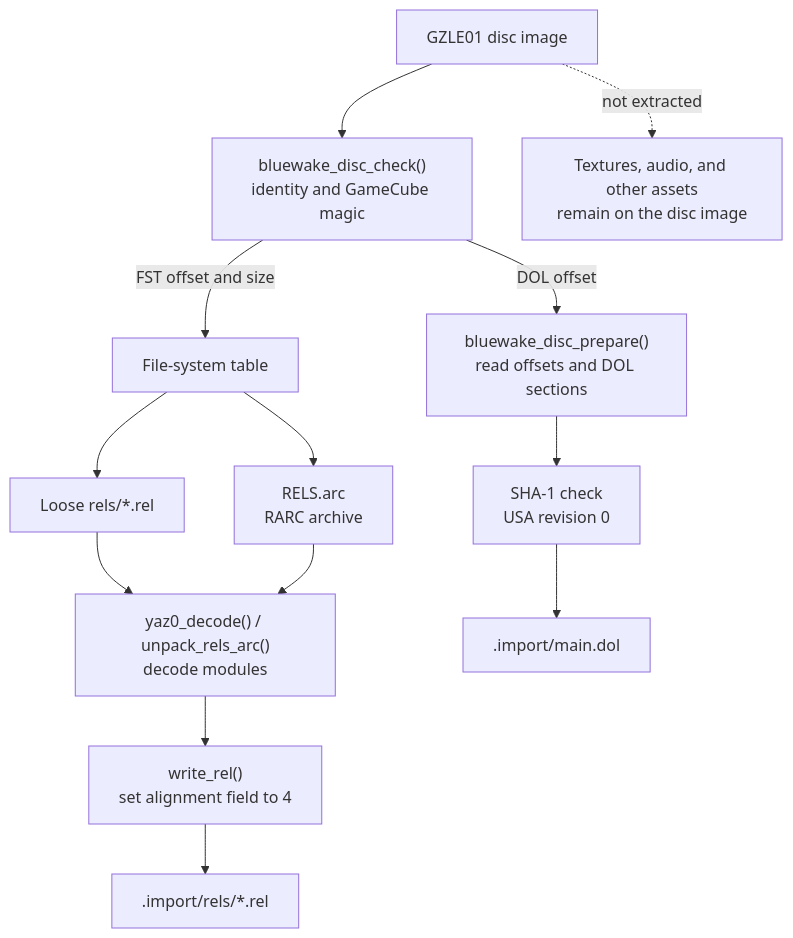
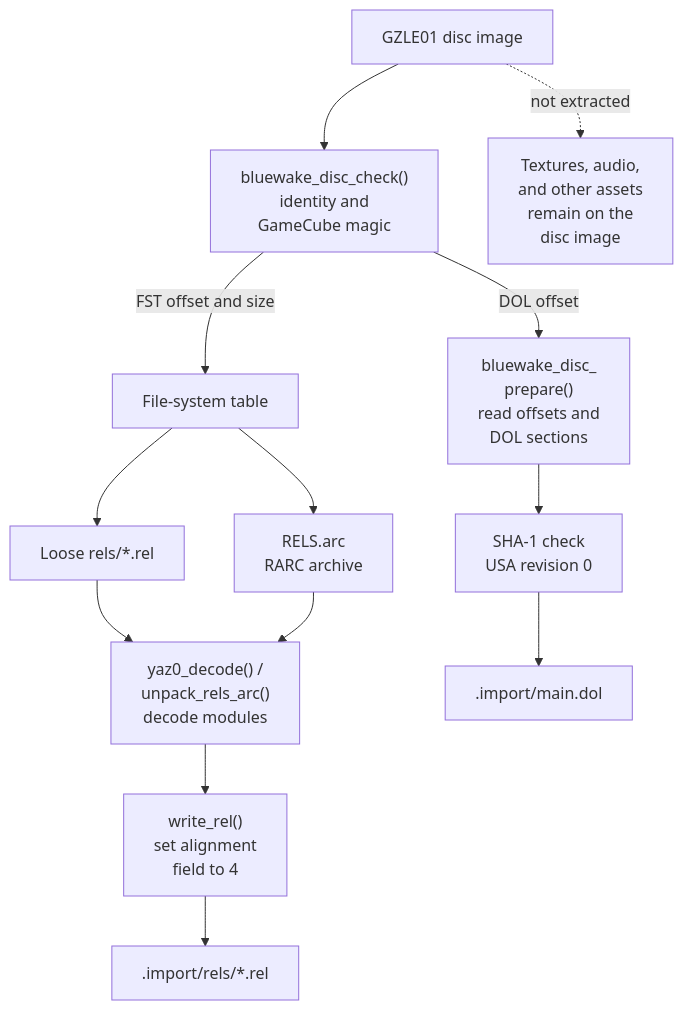
The fifth of 10 diagrams in docs/architecture/Build.md (Aelbannan/boat_of_daphnes), drawn with Mermaid before and after one commit. The commit also changed other lines of this file and 7 other files, not shown here.

Commit message:
Wrap Mermaid diagram labels

````diff
--- a/docs/architecture/Build.md
+++ b/docs/architecture/Build.md
@@ -310,23 +310,23 @@
 ```mermaid
 flowchart TD
     Disc["GZLE01 disc image"]
-    Header["bluewake_disc_check()<br/>identity and GameCube magic"]
-    Dol["bluewake_disc_prepare()<br/>read offsets and DOL sections"]
+    Header["bluewake_disc_check()<br/>identity and<br/>GameCube magic"]
+    Dol["bluewake_disc_<br/>prepare()<br/>read offsets and<br/>DOL sections"]
     Revision["SHA-1 check<br/>USA revision 0"]
     FST["File-system table"]
     Loose["Loose rels/*.rel"]
     Archive["RELS.arc<br/>RARC archive"]
-    Decode["yaz0_decode() / unpack_rels_arc()<br/>decode modules"]
-    Normalize["write_rel()<br/>set alignment field to 4"]
+    Decode["yaz0_decode() /<br/>unpack_rels_arc()<br/>decode modules"]
+    Normalize["write_rel()<br/>set alignment<br/>field to 4"]
     StagedDol[".import/main.dol"]
     StagedRels[".import/rels/*.rel"]
-    Runtime["Textures, audio, and other assets<br/>remain on the disc image"]
+    Runtime["Textures, audio,<br/>and other assets<br/>remain on the<br/>disc image"]
 
     Disc --> Header
     Header -->|DOL offset| Dol --> Revision --> StagedDol
     Header -->|FST offset and size| FST
     FST --> Loose --> Decode
     FST --> Archive --> Decode
     Decode --> Normalize --> StagedRels
     Disc -. "not extracted" .-> Runtime
 ```
````
